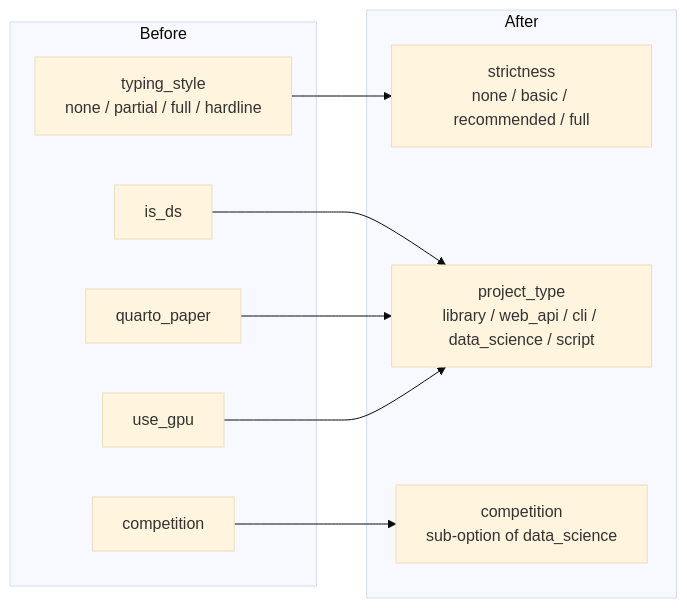
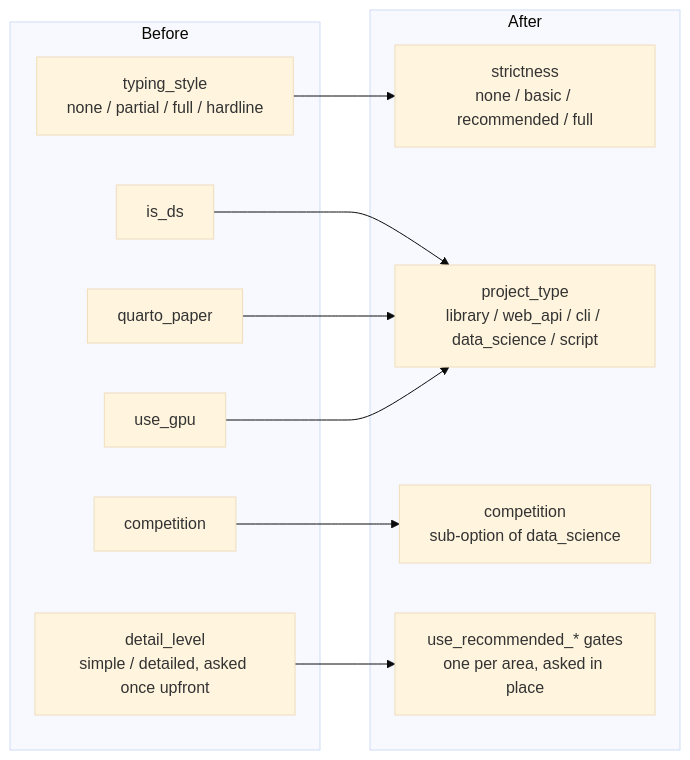
One commit to ConstitutiveTemplates/daimonion changed the second of 2 diagrams in README.md. Above: the diagram before and after it, drawn with Mermaid (base theme). The commit also changed other lines of this file and 11 other files, not shown here.

````diff
--- a/README.md
+++ b/README.md
@@ -146,22 +224,25 @@
 ```mermaid
 flowchart LR
     subgraph before["Before"]
         A1[typing_style<br/>none / partial / full / hardline]
         A2[is_ds]
         A3[quarto_paper]
         A4[use_gpu]
         A5[competition]
+        A6[detail_level<br/>simple / detailed, asked once upfront]
     end
 
     subgraph after["After"]
         B1[strictness<br/>none / basic / recommended / full]
         B2[project_type<br/>library / web_api / cli / data_science / script]
         B3[competition<br/>sub-option of data_science]
+        B4["use_recommended_* gates<br/>one per area, asked in place"]
     end
 
     A1 --> B1
     A2 --> B2
     A3 --> B2
     A4 --> B2
     A5 --> B3
+    A6 --> B4
 ```
````
